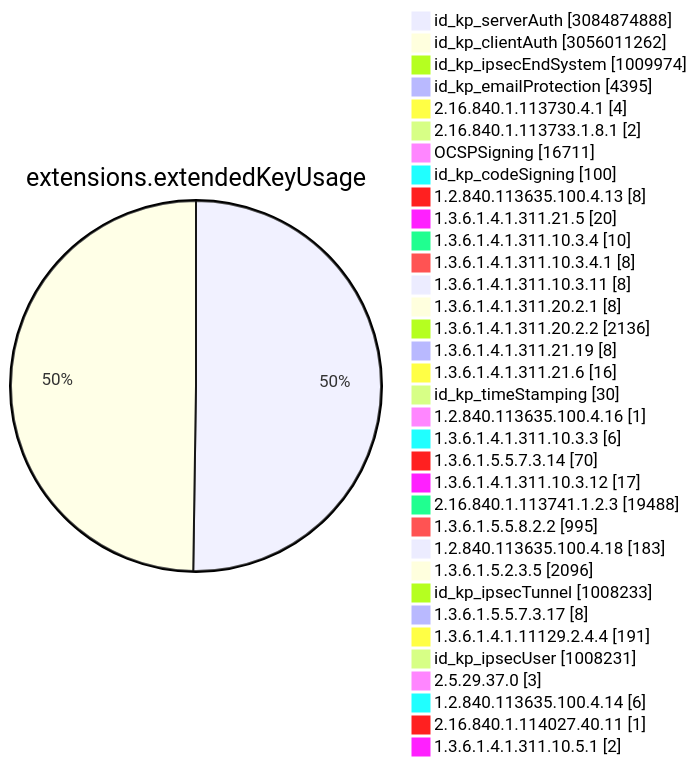
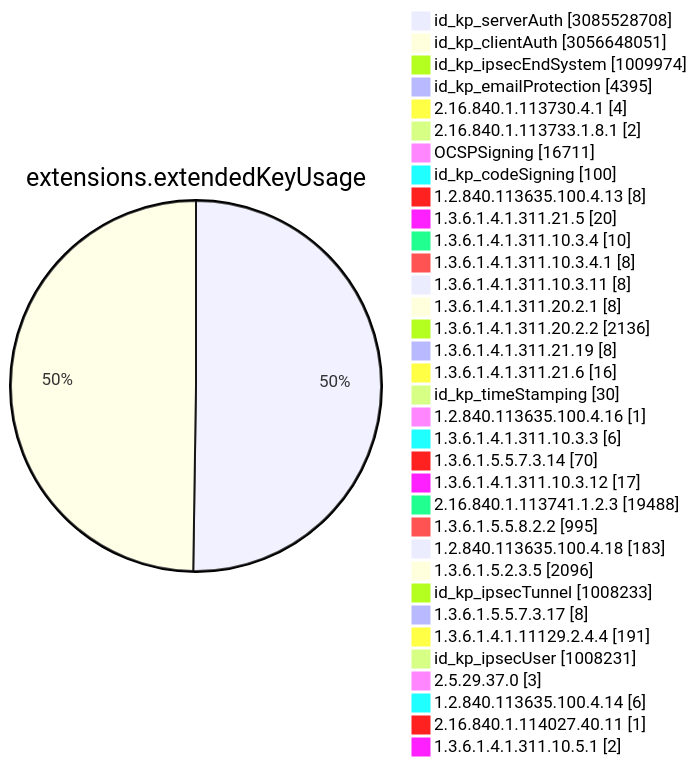
Diagram 11 of 15 in TOTAL/README.md (christiankrug/ctmonitor_visualization), drawn with Mermaid before and after one commit. The commit also changed other lines of this file, not shown here.

````diff
--- a/TOTAL/README.md
+++ b/TOTAL/README.md
@@ -4119,38 +4119,38 @@
 ```mermaid
 pie showData
 title extensions.extendedKeyUsage
-"id_kp_serverAuth" :3084874888
-"id_kp_clientAuth" :3056011262
+"id_kp_serverAuth" :3085528708
+"id_kp_clientAuth" :3056648051
 "id_kp_ipsecEndSystem" :1009974
 "id_kp_emailProtection" :4395
 "2.16.840.1.113730.4.1" :4
 "2.16.840.1.113733.1.8.1" :2
 "OCSPSigning" :16711
 "id_kp_codeSigning" :100
 "1.2.840.113635.100.4.13" :8
 "1.3.6.1.4.1.311.21.5" :20
 "1.3.6.1.4.1.311.10.3.4" :10
 "1.3.6.1.4.1.311.10.3.4.1" :8
 "1.3.6.1.4.1.311.10.3.11" :8
 "1.3.6.1.4.1.311.20.2.1" :8
 "1.3.6.1.4.1.311.20.2.2" :2136
 "1.3.6.1.4.1.311.21.19" :8
 "1.3.6.1.4.1.311.21.6" :16
 "id_kp_timeStamping" :30
 "1.2.840.113635.100.4.16" :1
 "1.3.6.1.4.1.311.10.3.3" :6
 "1.3.6.1.5.5.7.3.14" :70
 "1.3.6.1.4.1.311.10.3.12" :17
 "2.16.840.1.113741.1.2.3" :19488
 "1.3.6.1.5.5.8.2.2" :995
 "1.2.840.113635.100.4.18" :183
 "1.3.6.1.5.2.3.5" :2096
 "id_kp_ipsecTunnel" :1008233
 "1.3.6.1.5.5.7.3.17" :8
 "1.3.6.1.4.1.11129.2.4.4" :191
 "id_kp_ipsecUser" :1008231
 "2.5.29.37.0" :3
 "1.2.840.113635.100.4.14" :6
 "2.16.840.1.114027.40.11" :1
 "1.3.6.1.4.1.311.10.5.1" :2
 ```
````
